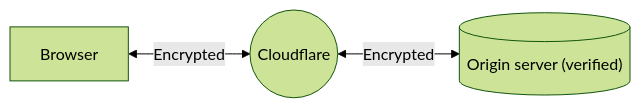
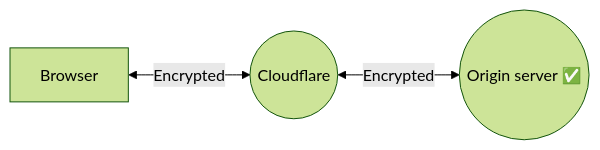
Before and after one commit to cloudflare/cloudflare-docs: the diagram in content/ssl/origin-configuration/ssl-modes/full-strict.md, drawn with Mermaid (forest theme). The commit also changed 1 other file, not shown here.

```diff
--- a/content/ssl/origin-configuration/ssl-modes/full-strict.md
+++ b/content/ssl/origin-configuration/ssl-modes/full-strict.md
@@ -13,6 +13,6 @@
 <div class="mermaid">
 graph LR
     accTitle: Full - Strict SSL/TLS Encryption
     accDescr: With an encryption mode of Full (strict), your application encrypts traffic going to and coming from Cloudflare.
-    A[Browser] <--Encrypted--> B((Cloudflare))<--Encrypted--> C[("Origin server (verified)")]
+    A[Browser] <--Encrypted--> B((Cloudflare))<--Encrypted--> C(("Origin server &#9989;"))
 </div>
```
